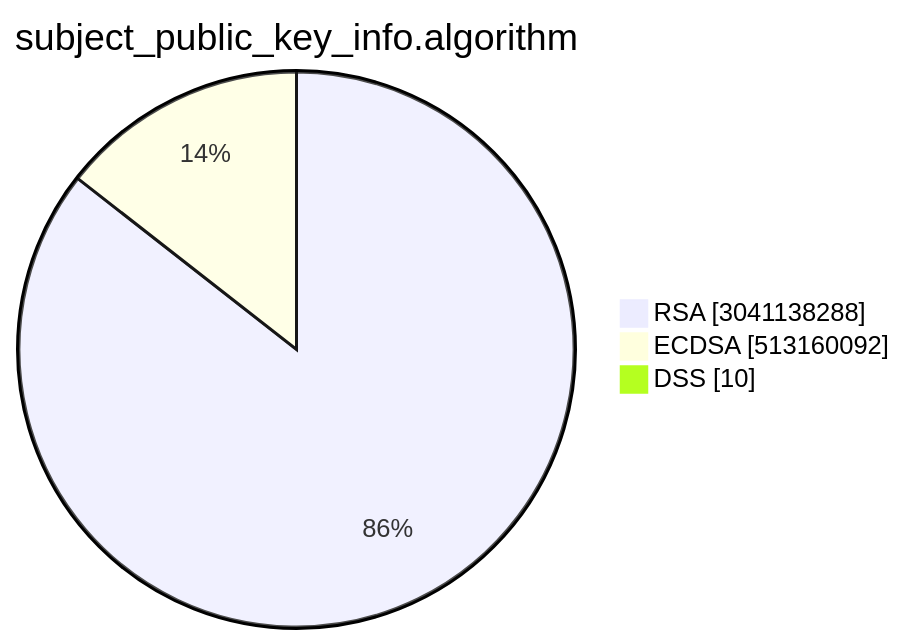
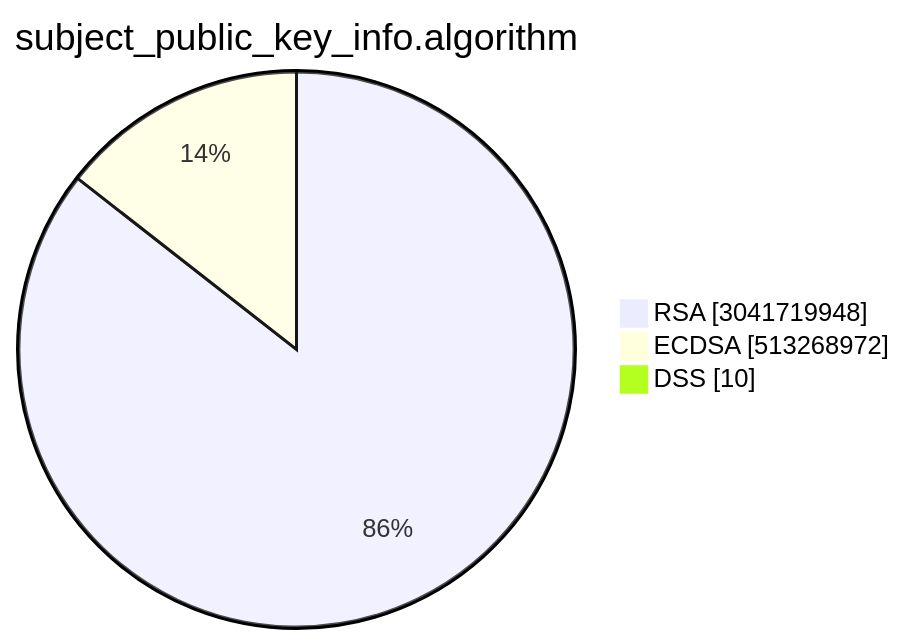
One commit to christiankrug/ctmonitor_visualization changed the second of 15 diagrams in TOTAL/README.md. Above: the diagram before and after it, drawn with Mermaid. The commit also changed other lines of this file, not shown here.

````diff
--- a/TOTAL/README.md
+++ b/TOTAL/README.md
@@ -6,7 +6,7 @@
 ```mermaid
 pie showData
 title subject_public_key_info.algorithm
-"RSA" :3041138288
-"ECDSA" :513160092
+"RSA" :3041719948
+"ECDSA" :513268972
 "DSS" :10
 ```
````
